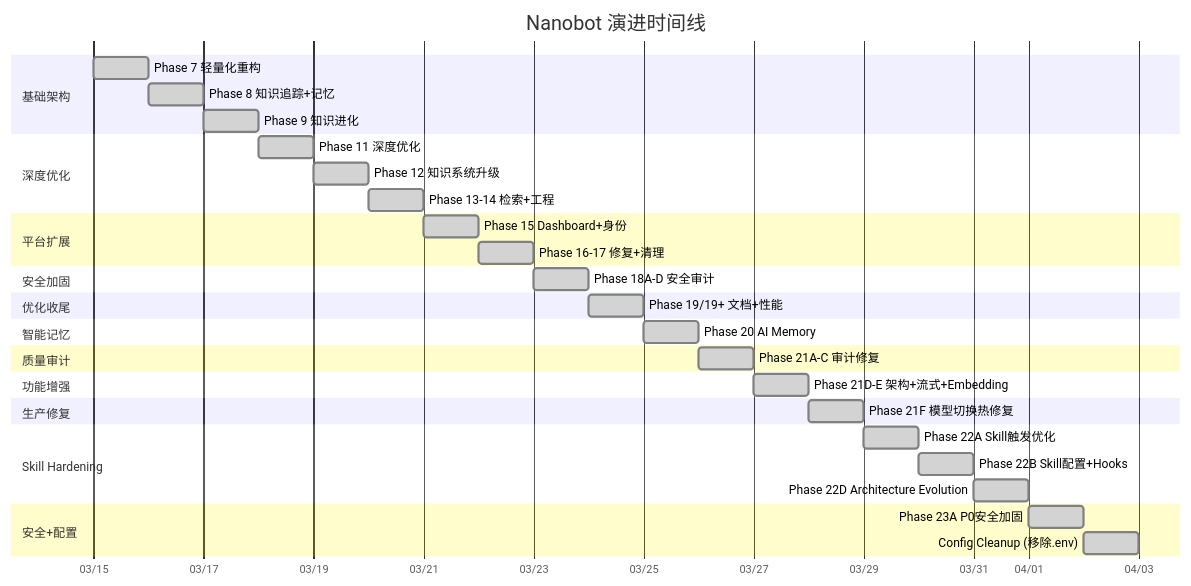
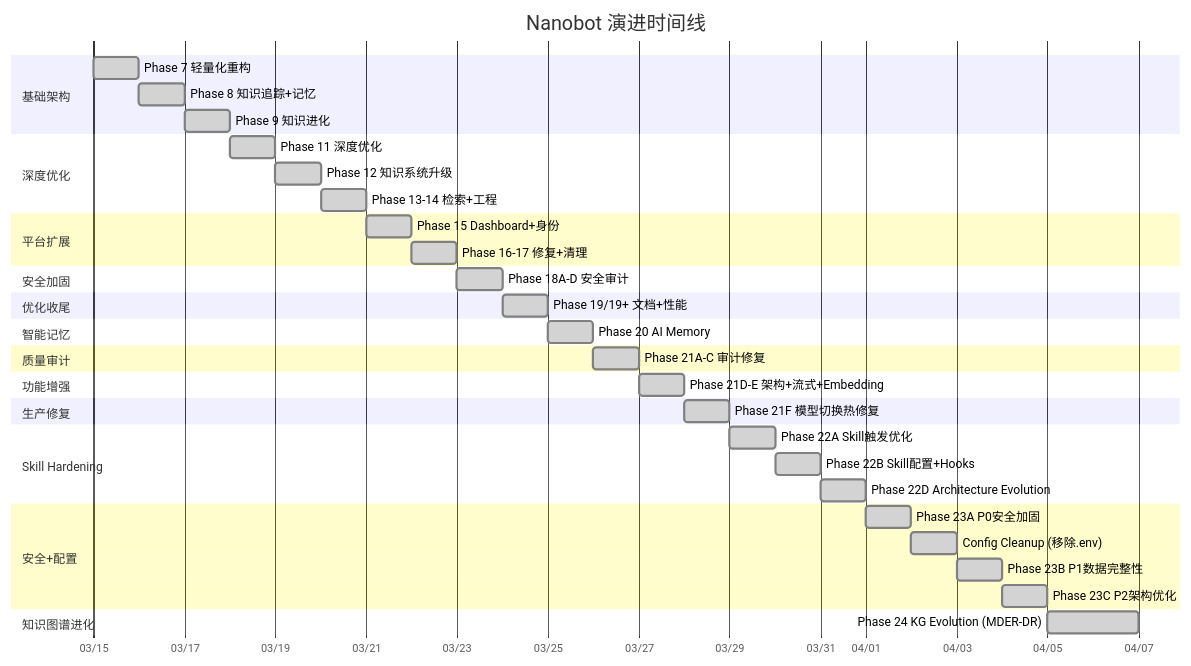
The second of 2 diagrams in EVOLUTION.md (HOTHOTCOOLCOOL/TitanBot), drawn with Mermaid before and after one commit. The commit also changed other lines of this file and 42 other files, not shown here.

````diff
--- a/EVOLUTION.md
+++ b/EVOLUTION.md
@@ -233,47 +233,52 @@
 ```mermaid
 gantt
     title Nanobot 演进时间线
     dateFormat  YYYY-MM-DD
     axisFormat  %m/%d
 
     section 基础架构
     Phase 7 轻量化重构              :done, p7, 2026-03-15, 1d
     Phase 8 知识追踪+记忆           :done, p8, after p7, 1d
     Phase 9 知识进化                :done, p9, after p8, 1d
 
     section 深度优化
     Phase 11 深度优化               :done, p11, after p9, 1d
     Phase 12 知识系统升级           :done, p12, after p11, 1d
     Phase 13-14 检索+工程           :done, p1314, after p12, 1d
 
     section 平台扩展
     Phase 15 Dashboard+身份         :done, p15, after p1314, 1d
     Phase 16-17 修复+清理           :done, p1617, after p15, 1d
 
     section 安全加固
     Phase 18A-D 安全审计            :done, p18, after p1617, 1d
 
     section 优化收尾
     Phase 19/19+ 文档+性能          :done, p19, after p18, 1d
 
     section 智能记忆
     Phase 20 AI Memory              :done, p20, after p19, 1d
 
     section 质量审计
     Phase 21A-C 审计修复            :done, p21, after p20, 1d
 
     section 功能增强
     Phase 21D-E 架构+流式+Embedding  :done, p21de, after p21, 1d
 
     section 生产修复
     Phase 21F 模型切换热修复           :done, p21f, after p21de, 1d
 
     section Skill Hardening
     Phase 22A Skill触发优化            :done, p22a, after p21f, 1d
     Phase 22B Skill配置+Hooks          :done, p22b, after p22a, 1d
     Phase 22D Architecture Evolution      :done, p22d, after p22b, 1d
 
     section 安全+配置
     Phase 23A P0安全加固                  :done, p23a, after p22d, 1d
     Config Cleanup (移除.env)             :done, pcfg, after p23a, 1d
+    Phase 23B P1数据完整性                 :done, p23b, after pcfg, 1d
+    Phase 23C P2架构优化                   :done, p23c, after p23b, 1d
+
+    section 知识图谱进化
+    Phase 24 KG Evolution (MDER-DR)        :done, p24, after p23c, 2d
 ```
````
